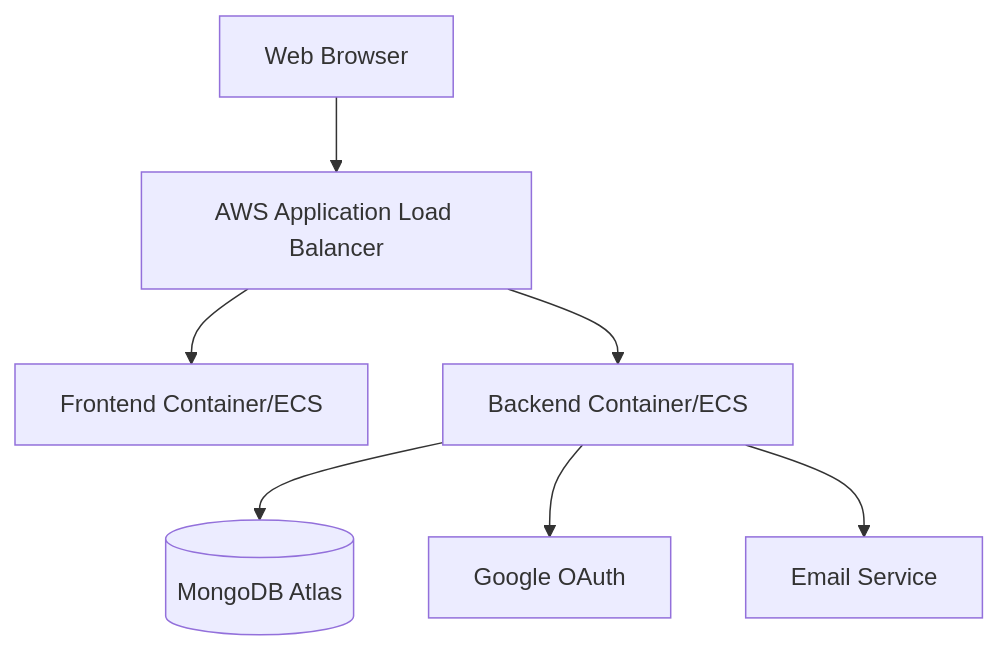
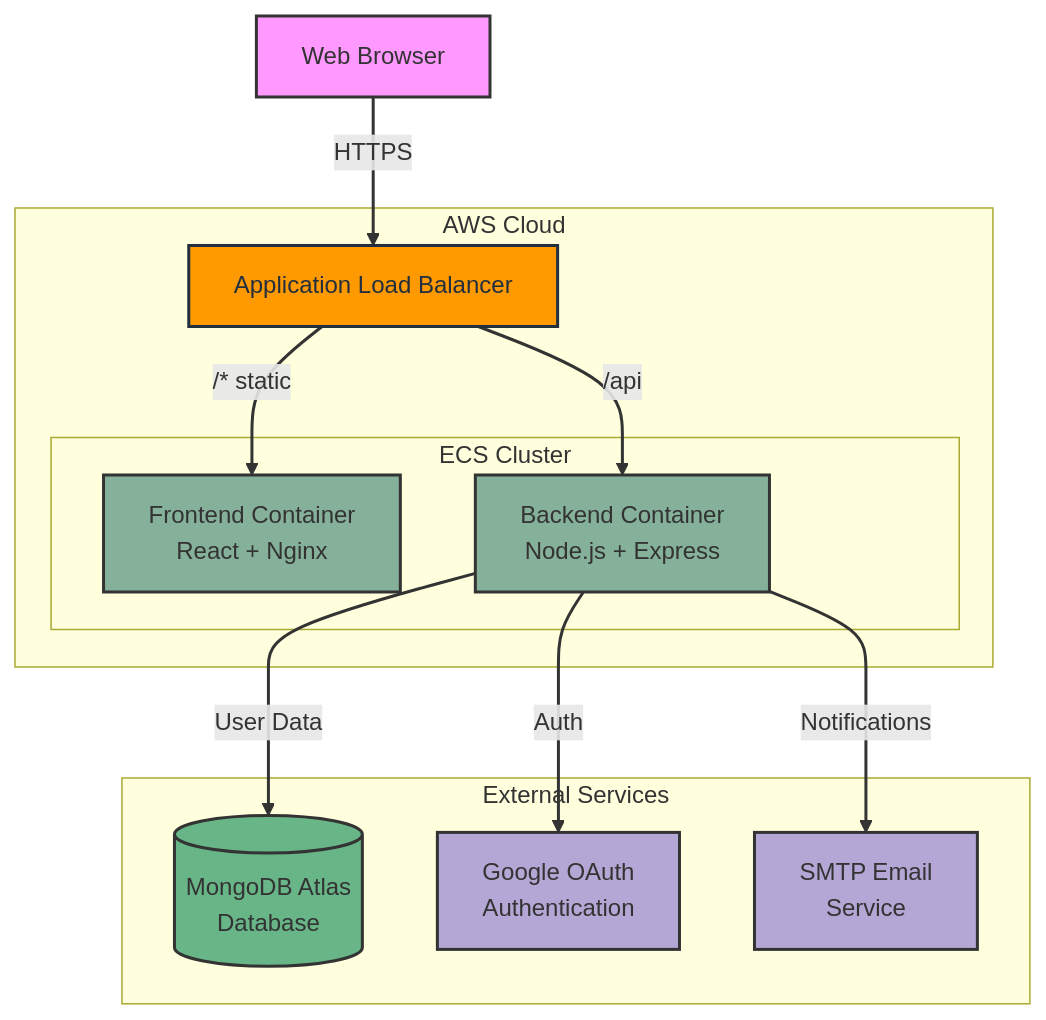
One commit to hscopalm/shareable-wishlists changed the diagram in README.md. Above: the diagram before and after it, drawn with Mermaid. The commit also changed other lines of this file, not shown here.

Commit message:
chore: more readme improvements

````diff
--- a/README.md
+++ b/README.md
@@ -52,9 +25,39 @@
 ```mermaid
 graph TD
-    Client[Web Browser] --> ALB[AWS Application Load Balancer]
-    ALB --> FE[Frontend Container/ECS]
-    ALB --> BE[Backend Container/ECS]
-    BE --> MongoDB[(MongoDB Atlas)]
-    BE --> Google[Google OAuth]
-    BE --> Email[Email Service]
+    %% Styling
+    classDef browser fill:#f9f,stroke:#333,stroke-width:2px
+    classDef aws fill:#FF9900,stroke:#232F3E,stroke-width:2px,color:#232F3E
+    classDef app fill:#85B09A,stroke:#333,stroke-width:2px
+    classDef db fill:#68B587,stroke:#333,stroke-width:2px
+    classDef external fill:#B4A7D6,stroke:#333,stroke-width:2px
+
+    %% Client Layer
+    Client[Web Browser]:::browser
+
+    %% AWS Infrastructure
+    subgraph AWS["AWS Cloud"]
+        ALB[Application Load Balancer]:::aws
+        subgraph ECS["ECS Cluster"]
+            FE[Frontend Container<br/>React + Nginx]:::app
+            BE[Backend Container<br/>Node.js + Express]:::app
+        end
+    end
+
+    %% External Services
+    subgraph External["External Services"]
+        MongoDB[(MongoDB Atlas<br/>Database)]:::db
+        Google[Google OAuth<br/>Authentication]:::external
+        Email[SMTP Email<br/>Service]:::external
+    end
+
+    %% Connections
+    Client --> |HTTPS| ALB
+    ALB --> |/api| BE
+    ALB --> |/* static| FE
+    BE --> |User Data| MongoDB
+    BE --> |Auth| Google
+    BE --> |Notifications| Email
+
+    %% Link Styling
+    linkStyle default stroke:#333,stroke-width:2px;
 ```
````
